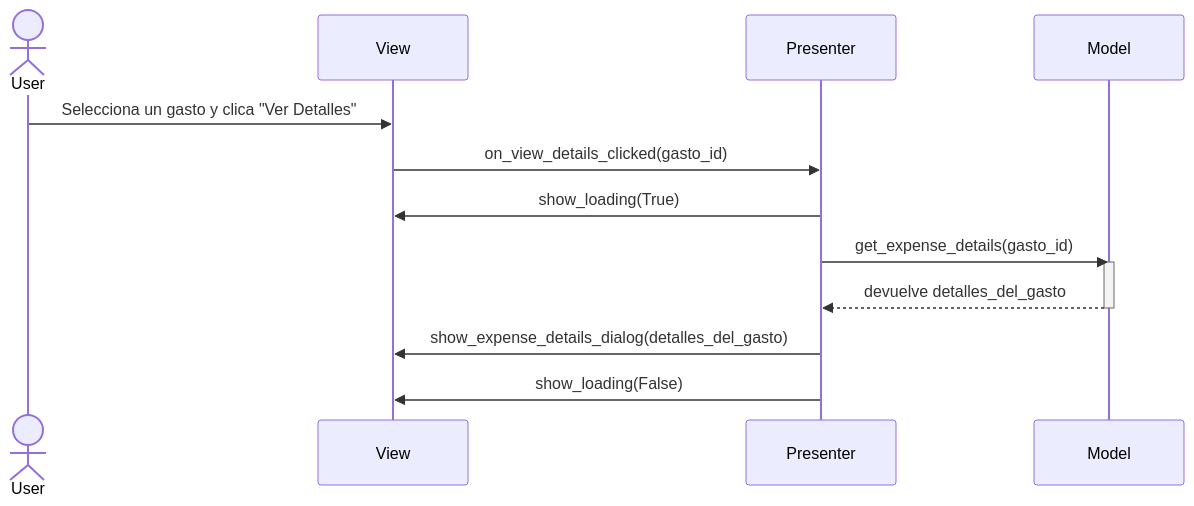
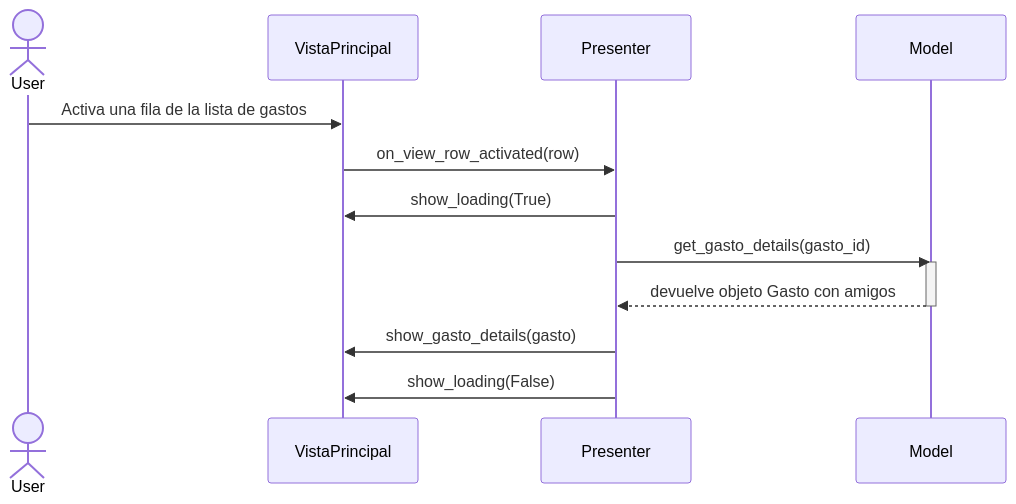
Before and after one commit to pablofernandezz/hmi-desktop-app: the third of 6 diagrams in diseño_sw.md, drawn with Mermaid. The commit also changed other lines of this file and 1 other file, not shown here.

Commit message:
Corrección pantallas de carga y diagramas corregidos y finalizados.

````diff
--- a/diseño_sw.md
+++ b/diseño_sw.md
@@ -144,20 +151,20 @@
 ```mermaid
 sequenceDiagram
     actor User
-    participant View
+    participant VistaPrincipal
     participant Presenter
     participant Model
 
-    User->>View: Selecciona un gasto y clica "Ver Detalles"
-    View->>Presenter: on_view_details_clicked(gasto_id)
+    User->>VistaPrincipal: Activa una fila de la lista de gastos
+    VistaPrincipal->>Presenter: on_view_row_activated(row)
 
-    Presenter->>View: show_loading(True)
+    Presenter->>VistaPrincipal: show_loading(True)
 
-    Presenter->>Model: get_expense_details(gasto_id)
+    Presenter->>Model: get_gasto_details(gasto_id)
     activate Model
-    Model-->>Presenter: devuelve detalles_del_gasto
+    Model-->>Presenter: devuelve objeto Gasto con amigos
     deactivate Model
 
-    Presenter->>View: show_expense_details_dialog(detalles_del_gasto)
-    Presenter->>View: show_loading(False)
+    Presenter->>VistaPrincipal: show_gasto_details(gasto)
+    Presenter->>VistaPrincipal: show_loading(False)
 ```
````
